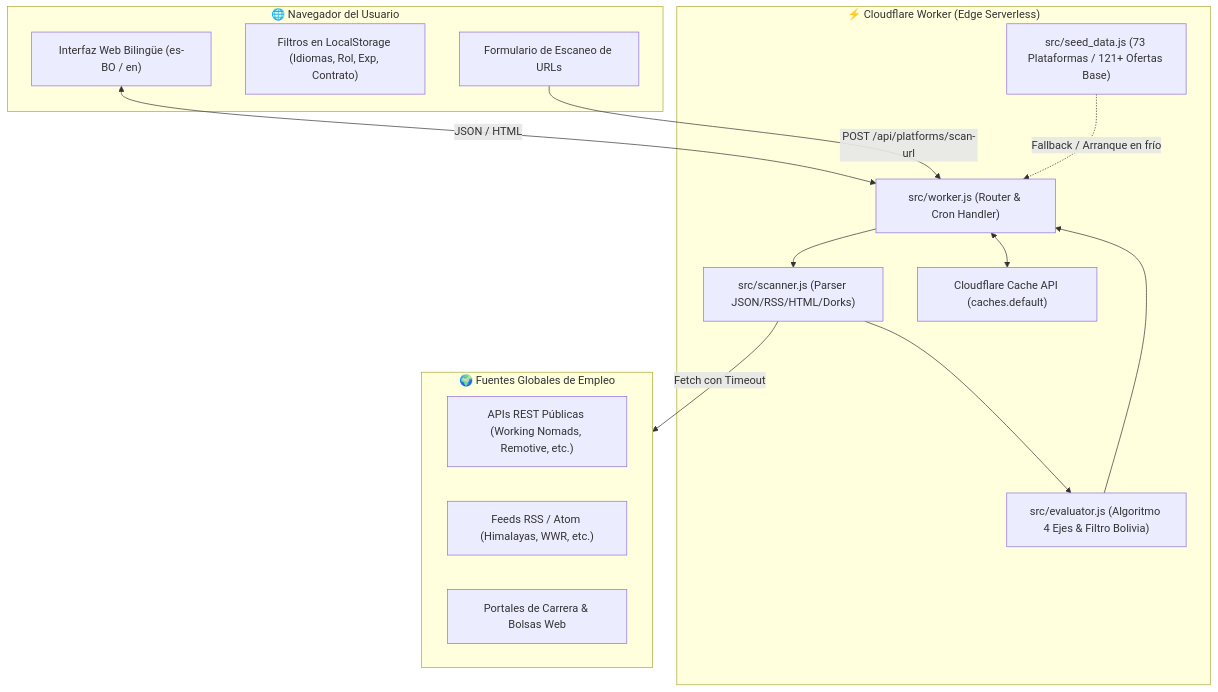
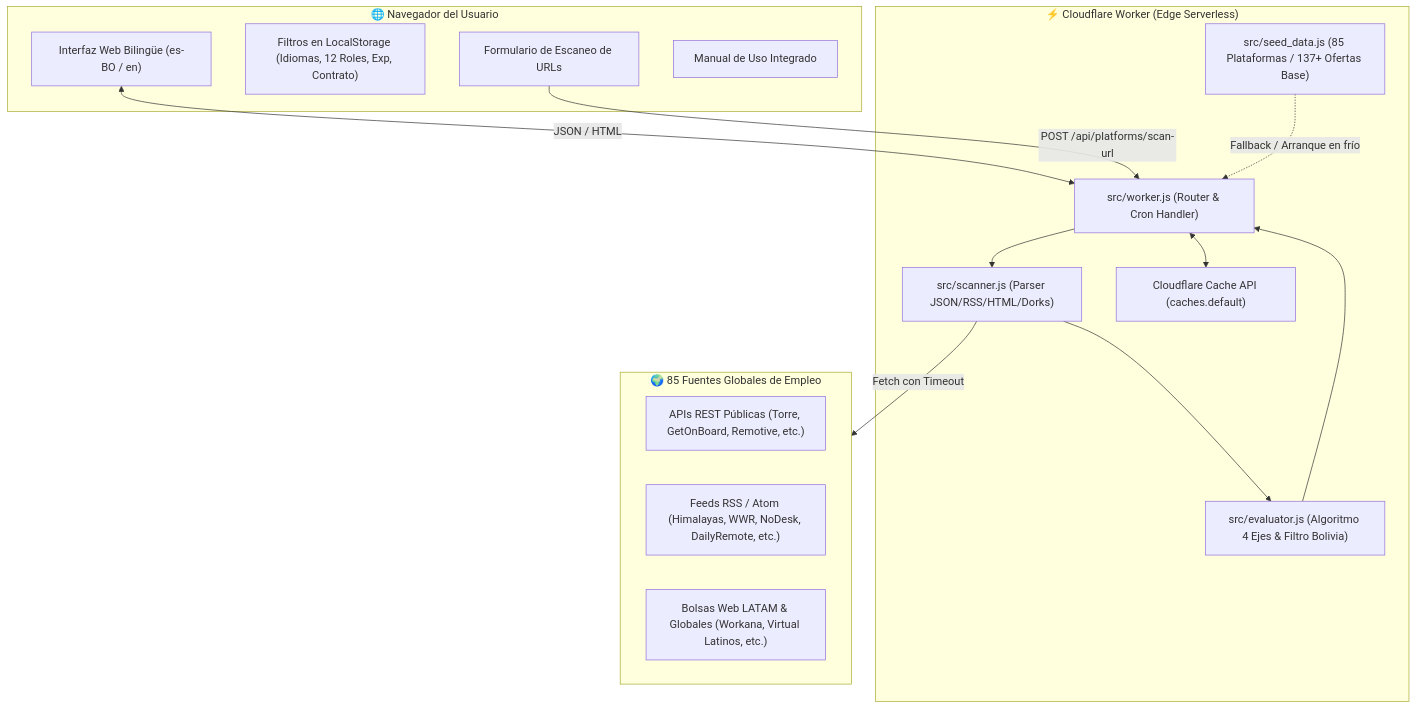
Before and after one commit to t0m-a/scout-analyst-pipeline: the second of 2 diagrams in README.md, drawn with Mermaid. The commit also changed other lines of this file and 9 other files, not shown here.

````diff
--- a/README.md
+++ b/README.md
@@ -182,31 +193,32 @@
 ```mermaid
 flowchart TD
     subgraph Cliente ["🌐 Navegador del Usuario"]
         UI["Interfaz Web Bilingüe (es-BO / en)"]
-        Filters["Filtros en LocalStorage (Idiomas, Rol, Exp, Contrato)"]
+        Filters["Filtros en LocalStorage (Idiomas, 12 Roles, Exp, Contrato)"]
         URLScan["Formulario de Escaneo de URLs"]
+        ManualTab["Manual de Uso Integrado"]
     end
 
     subgraph CFWorker ["⚡ Cloudflare Worker (Edge Serverless)"]
         WorkerEntry["src/worker.js (Router & Cron Handler)"]
         ScannerEng["src/scanner.js (Parser JSON/RSS/HTML/Dorks)"]
         EvaluatorEng["src/evaluator.js (Algoritmo 4 Ejes & Filtro Bolivia)"]
-        SeedData["src/seed_data.js (73 Plataformas / 121+ Ofertas Base)"]
+        SeedData["src/seed_data.js (85 Plataformas / 137+ Ofertas Base)"]
         EdgeCache["Cloudflare Cache API (caches.default)"]
     end
 
-    subgraph Fuentes ["🌍 Fuentes Globales de Empleo"]
-        APIs["APIs REST Públicas (Working Nomads, Remotive, etc.)"]
-        RSS["Feeds RSS / Atom (Himalayas, WWR, etc.)"]
-        HTMLPages["Portales de Carrera & Bolsas Web"]
+    subgraph Fuentes ["🌍 85 Fuentes Globales de Empleo"]
+        APIs["APIs REST Públicas (Torre, GetOnBoard, Remotive, etc.)"]
+        RSS["Feeds RSS / Atom (Himalayas, WWR, NoDesk, DailyRemote, etc.)"]
+        HTMLPages["Bolsas Web LATAM & Globales (Workana, Virtual Latinos, etc.)"]
     end
 
     UI <-->|JSON / HTML| WorkerEntry
     URLScan -->|POST /api/platforms/scan-url| WorkerEntry
     WorkerEntry --> ScannerEng
     ScannerEng -->|Fetch con Timeout| Fuentes
     ScannerEng --> EvaluatorEng
     EvaluatorEng --> WorkerEntry
     WorkerEntry <--> EdgeCache
     SeedData -.->|Fallback / Arranque en frío| WorkerEntry
 ```
````
